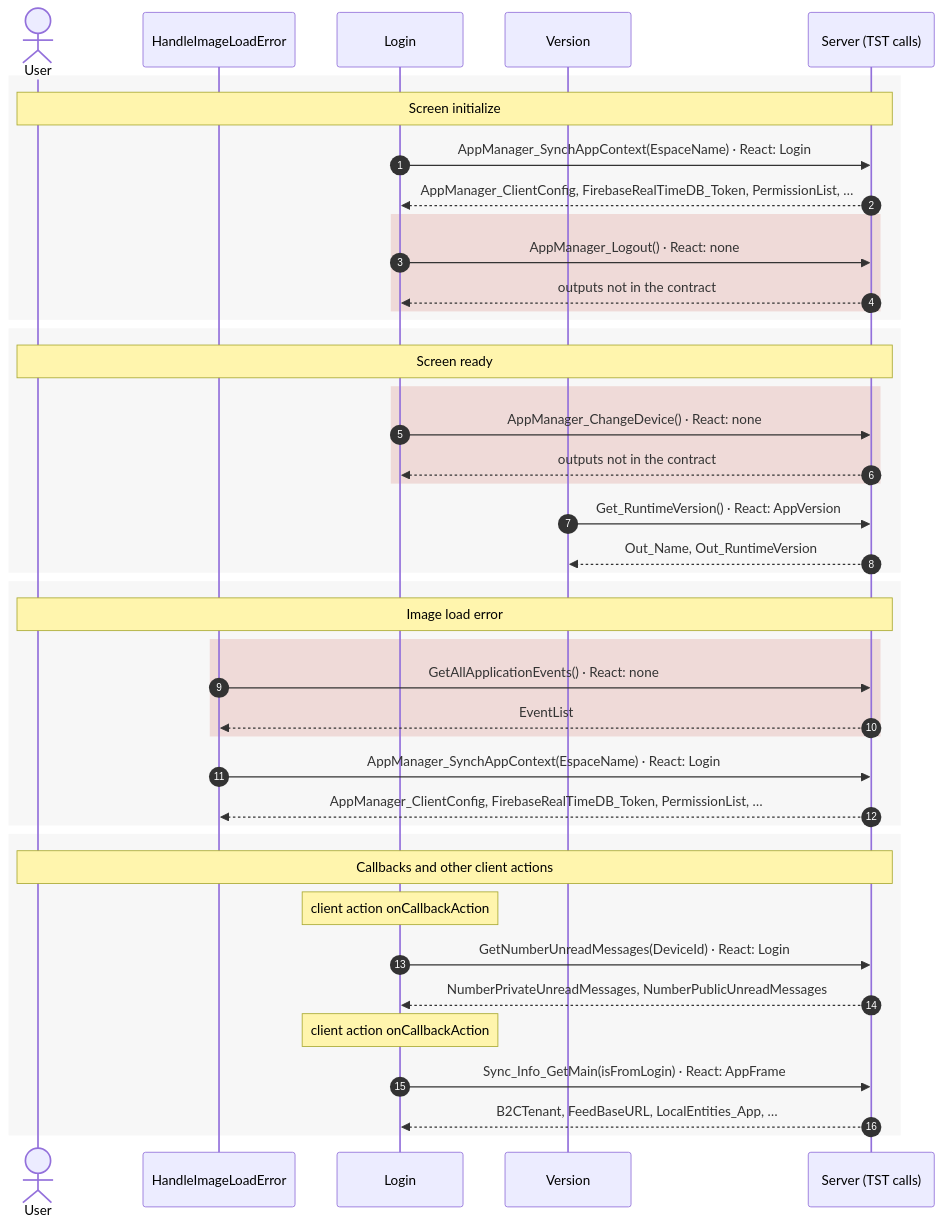
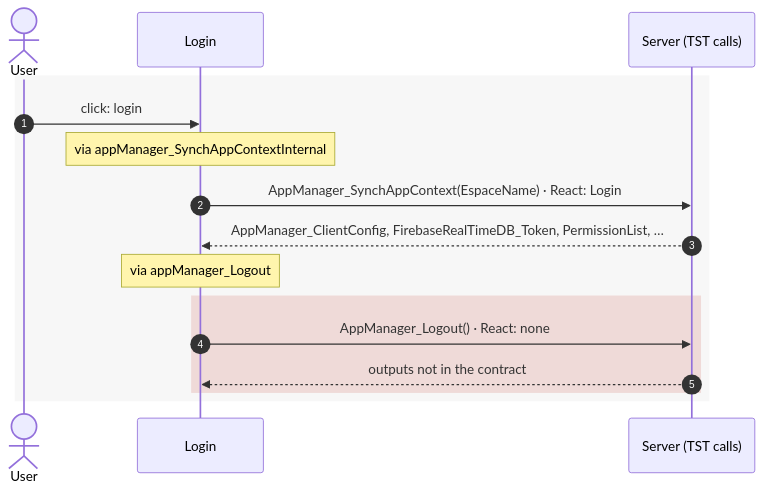
Before and after one commit to Phoenix-DX/connect-new-ui: the second of 2 diagrams in migration/route-actions/Login.md, drawn with Mermaid. The commit also changed other lines of this file and 9 other files, not shown here.

Commit message:
route actions: data flow only for user actions (one group per action, trigger per chain, via note), no diagram without user actions; screenshots fall back to React review or TST capture images

````diff
--- a/migration/route-actions/Login.md
+++ b/migration/route-actions/Login.md
@@ -123,45 +122,18 @@
 ```mermaid
 sequenceDiagram
   autonumber
   actor U as User
-  participant p0 as HandleImageLoadError
-  participant p1 as Login
-  participant p2 as Version
+  participant p0 as Login
   participant S as Server (TST calls)
   rect rgba(120, 120, 120, 0.06)
-  Note over U,S: Screen initialize
-  p1->>S: AppManager_SynchAppContext(EspaceName) · React: Login
-  S-->>p1: AppManager_ClientConfig, FirebaseRealTimeDB_Token, PermissionList, …
+  U->>p0: click: login
+  Note over p0: via appManager_SynchAppContextInternal
+  p0->>S: AppManager_SynchAppContext(EspaceName) · React: Login
+  S-->>p0: AppManager_ClientConfig, FirebaseRealTimeDB_Token, PermissionList, …
+  Note over p0: via appManager_Logout
   rect rgba(192, 57, 43, 0.15)
-  p1->>S: AppManager_Logout() · React: none
-  S-->>p1: outputs not in the contract
+  p0->>S: AppManager_Logout() · React: none
+  S-->>p0: outputs not in the contract
   end
   end
-  rect rgba(120, 120, 120, 0.06)
-  Note over U,S: Screen ready
-  rect rgba(192, 57, 43, 0.15)
-  p1->>S: AppManager_ChangeDevice() · React: none
-  S-->>p1: outputs not in the contract
-  end
-  p2->>S: Get_RuntimeVersion() · React: AppVersion
-  S-->>p2: Out_Name, Out_RuntimeVersion
-  end
-  rect rgba(120, 120, 120, 0.06)
-  Note over U,S: Image load error
-  rect rgba(192, 57, 43, 0.15)
-  p0->>S: GetAllApplicationEvents() · React: none
-  S-->>p0: EventList
-  end
-  p0->>S: AppManager_SynchAppContext(EspaceName) · React: Login
-  S-->>p0: AppManager_ClientConfig, FirebaseRealTimeDB_Token, PermissionList, …
-  end
-  rect rgba(120, 120, 120, 0.06)
-  Note over U,S: Callbacks and other client actions
-  Note over p1: client action onCallbackAction
-  p1->>S: GetNumberUnreadMessages(DeviceId) · React: Login
-  S-->>p1: NumberPrivateUnreadMessages, NumberPublicUnreadMessages
-  Note over p1: client action onCallbackAction
-  p1->>S: Sync_Info_GetMain(isFromLogin) · React: AppFrame
-  S-->>p1: B2CTenant, FeedBaseURL, LocalEntities_App, …
-  end
 ```
````
